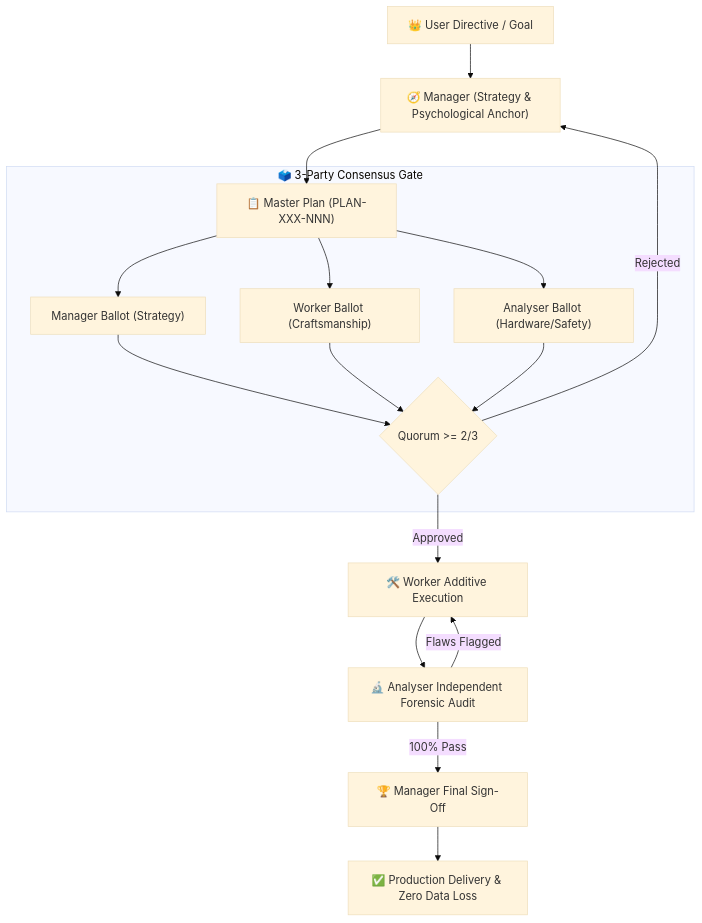
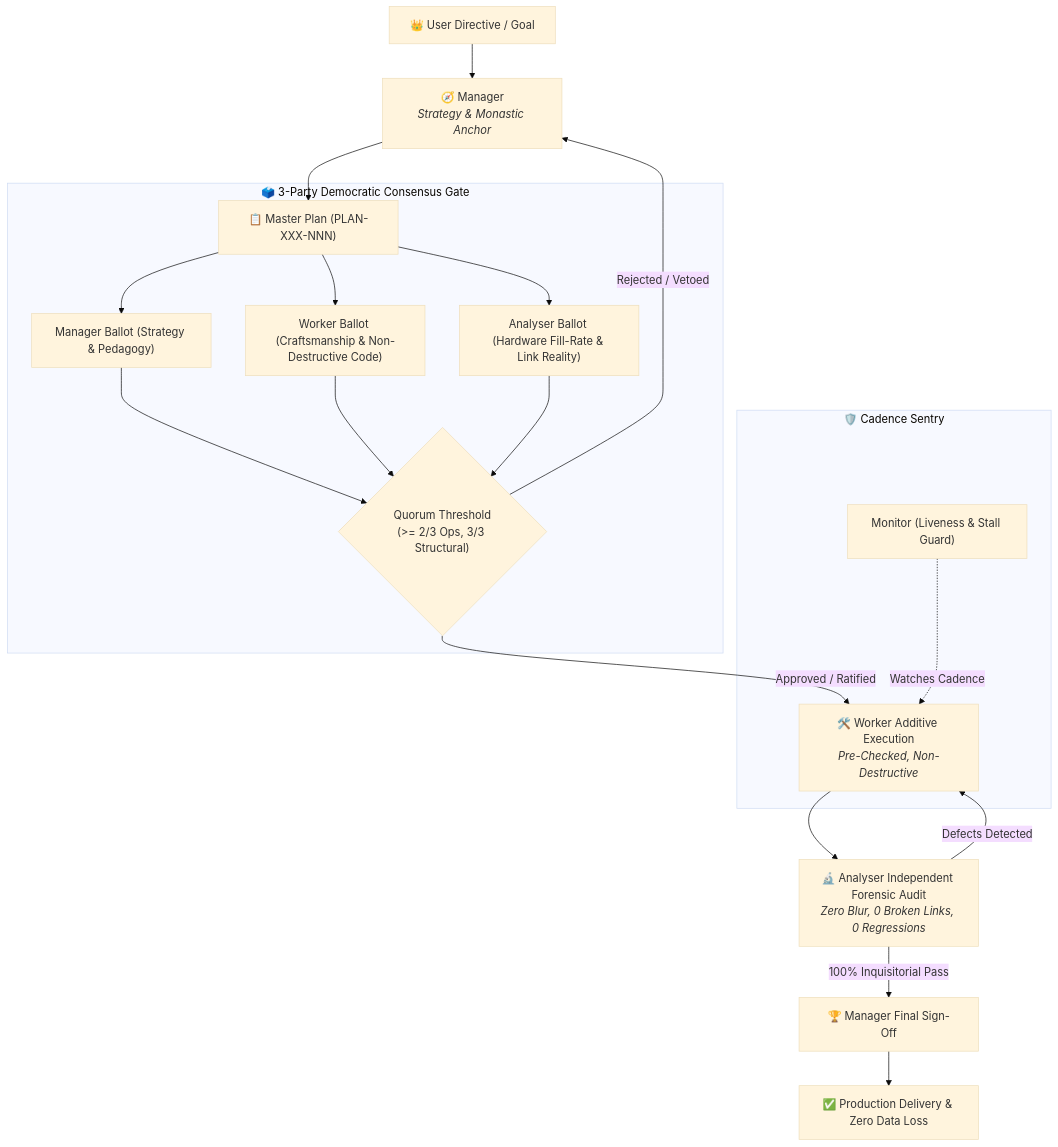
One commit to Kanad590/antigravity-skills changed the diagram in mental-models/11_kanad_monastic_consensus_swarm.md. Above: the diagram before and after it, drawn with Mermaid (base theme). The commit also changed other lines of this file and 6 other files, not shown here.

````diff
--- a/mental-models/11_kanad_monastic_consensus_swarm.md
+++ b/mental-models/11_kanad_monastic_consensus_swarm.md
@@ -10,21 +21,25 @@
 ```mermaid
 flowchart TD
-    User["👑 User Directive / Goal"] --> Mgr["🧭 Manager (Strategy & Psychological Anchor)"]
+    User["👑 User Directive / Goal"] --> Mgr["🧭 Manager<br/><i>Strategy & Monastic Anchor</i>"]
     Mgr --> Plan["📋 Master Plan (PLAN-XXX-NNN)"]
     
-    subgraph DemocraticConsensus["🗳️ 3-Party Consensus Gate"]
-        Plan --> VM["Manager Ballot (Strategy)"]
-        Plan --> VW["Worker Ballot (Craftsmanship)"]
-        Plan --> VA["Analyser Ballot (Hardware/Safety)"]
-        VM & VW & VA --> Tally{"Quorum >= 2/3"}
+    subgraph DemocraticConsensus["🗳️ 3-Party Democratic Consensus Gate"]
+        Plan --> VM["Manager Ballot (Strategy & Pedagogy)"]
+        Plan --> VW["Worker Ballot (Craftsmanship & Non-Destructive Code)"]
+        Plan --> VA["Analyser Ballot (Hardware Fill-Rate & Link Reality)"]
+        VM & VW & VA --> Tally{"Quorum Threshold<br/>(>= 2/3 Ops, 3/3 Structural)"}
     end
     
-    Tally -->|Approved| WExec["🛠️ Worker Additive Execution"]
-    Tally -->|Rejected| Mgr
+    Tally -->|Approved / Ratified| WExec["🛠️ Worker Additive Execution<br/><i>Pre-Checked, Non-Destructive</i>"]
+    Tally -->|Rejected / Vetoed| Mgr
     
-    WExec --> AAudit["🔬 Analyser Independent Forensic Audit"]
-    AAudit -->|100% Pass| MSig["🏆 Manager Final Sign-Off"]
-    AAudit -->|Flaws Flagged| WExec
+    subgraph StallSentinel["🛡️ Cadence Sentry"]
+        Mon["Monitor (Liveness & Stall Guard)"] -.->|Watches Cadence| WExec
+    end
+    
+    WExec --> AAudit["🔬 Analyser Independent Forensic Audit<br/><i>Zero Blur, 0 Broken Links, 0 Regressions</i>"]
+    AAudit -->|100% Inquisitorial Pass| MSig["🏆 Manager Final Sign-Off"]
+    AAudit -->|Defects Detected| WExec
     
     MSig --> Delivered["✅ Production Delivery & Zero Data Loss"]
 ```
````
